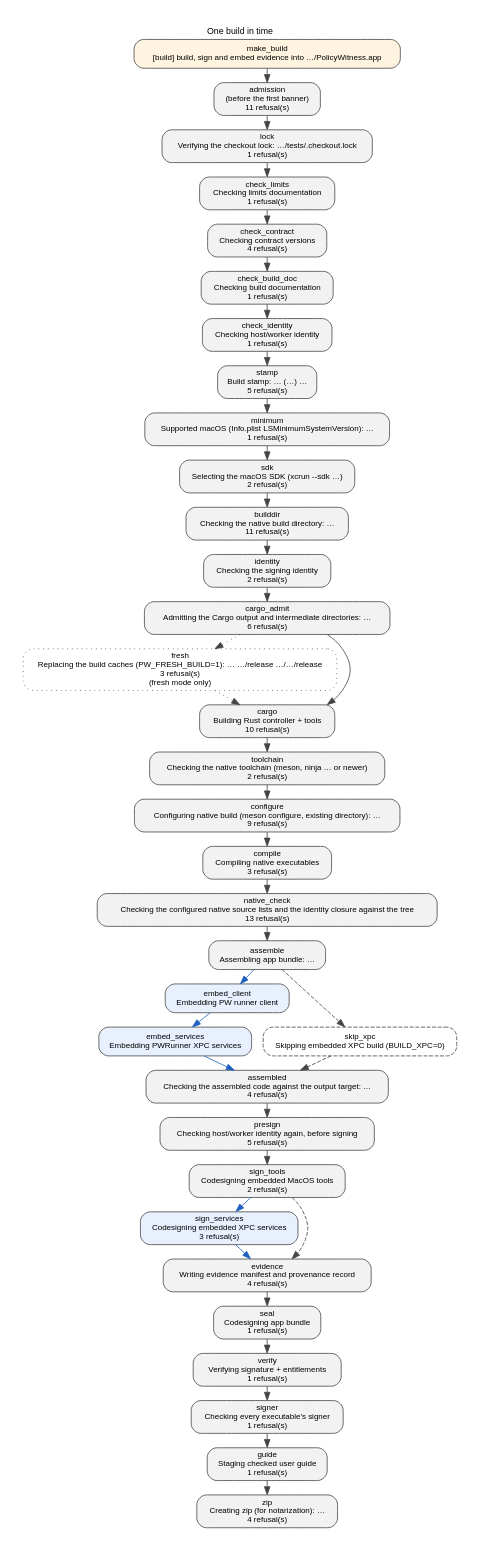
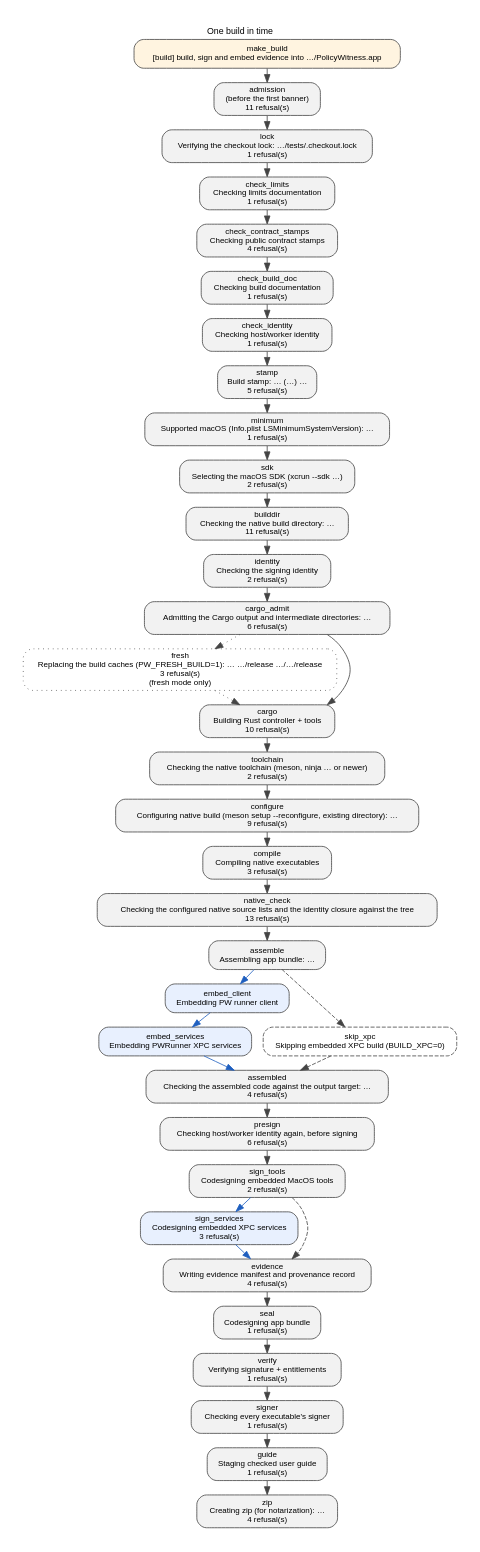
Before and after one commit to Protonk/PolicyWitness: the diagram in docs/build-steps.dot, drawn with Graphviz. The commit also changed 274 other files, not shown here.

```diff
--- a/docs/build-steps.dot
+++ b/docs/build-steps.dot
@@ -6,10 +6,10 @@
     admission [label="admission\n(before the first banner)\n11 refusal(s)", URL="BUILD.md#one-build-in-time", tooltip="admission: reads hw.optional.arm64 and sysctl.proc_translated, each read by /usr/sbin/sysctl from the script's own shell before anything else runs (--help included): the build proceeds only on 1 and 0, and an empty value or a failed probe refuses; then BUILD_XPC, PW_INSPECTION, PW_FRESH_BUILD and the argument list (--help prints the usage and exits after the knobs are validated, before any other check); whether each tracked input the build copies exists; the pinned interpreter, /opt/homebrew/opt/python@3.14/bin/python3.14, which must be an executable file in a python@3.14 keg that names a 3.14 version and must report that version when probed in isolation, with no PYTHON* variable set other than the three the helpers own, resolved again by the shell front end and by the script under the owner; without a claim in the environment, the caller's SDKROOT, CPATH, LIBRARY_PATH, MANPATH and LC_CTYPE, witnessed by the shell front end's builtins, and tests/.checkout.lock, which the owner it starts directly takes before supervising the script again under it; every nonempty caller SDKROOT must resolve through xcrun to an existing SDK directory with a numeric version before the lock front end or any developer-tool shim starts; writes the owner record in tests/.checkout.lock (pid, start time, acquisition nonce and admission socket identity) for as long as the owner and its protected children hold it; nothing else"];
     lock [label="lock\nVerifying the checkout lock: …/tests/.checkout.lock\n1 refusal(s)", URL="BUILD.md#one-build-in-time", tooltip="lock: reads the channel's socket identity matching the acquisition record and its kernel-reported peer PID matching the acquisition owner and the owner's handoff over the channel the claim names: the held descriptor, open on this checkout's lock file, and the acquisition nonce its owner record carries; never the environment alone; writes nothing"];
     check_limits [label="check_limits\nChecking limits documentation\n1 refusal(s)", URL="BUILD.md#one-build-in-time", tooltip="check_limits: reads docs/limits.json and the documents it renders; writes nothing"];
-    check_contract [label="check_contract\nChecking contract versions\n4 refusal(s)", URL="BUILD.md#one-build-in-time", tooltip="check_contract: reads docs/contract.json (including the runner protocol and signed service marker), docs/architecture.json and their generated copies, docs/footprint.json and its generated document, docs/porcelain.json and its generated typed record declarations and codecs; writes nothing"];
+    check_contract_stamps [label="check_contract_stamps\nChecking public contract stamps\n4 refusal(s)", URL="BUILD.md#one-build-in-time", tooltip="check_contract_stamps: reads docs/contract_surfaces.json and annotated release history, docs/architecture.json and their generated copies, docs/footprint.json and its generated document, docs/porcelain.json and its generated typed record declarations and codecs; writes nothing"];
     check_build_doc [label="check_build_doc\nChecking build documentation\n1 refusal(s)", URL="BUILD.md#one-build-in-time", tooltip="check_build_doc: reads docs/build.json, build.sh, meson.build, the Makefile, the inventories, the baseline and the generated copies; writes nothing"];
-    check_identity [label="check_identity\nChecking host/worker identity\n1 refusal(s)", URL="BUILD.md#one-build-in-time", tooltip="check_identity: reads the identity inputs and the three generated copies; writes nothing"];
-    stamp [label="stamp\nBuild stamp: … (…) …\n5 refusal(s)", URL="BUILD.md#one-build-in-time", tooltip="stamp: reads git describe, rev-parse and rev-list, or PW_VERSION and PW_BUILD_NUMBER from the environment; the environment witness compared with the starting environment (SDKROOT supplied from before its removal); writes the four stamp variables for Cargo and the plists; after admitting builddir/, controller/target/, its release/, its aarch64-apple-darwin/ and that directory's release/, and the session destination, controller/target/ when it is missing and the build session file, opened with the stamp, the three knobs, the fixed output target, the acquisition nonce and the build's witnessed starting environment as requests"];
+    check_identity [label="check_identity\nChecking host/worker identity\n1 refusal(s)", URL="BUILD.md#one-build-in-time", tooltip="check_identity: reads the identity inputs and the three generated copies; shipped sources and build inputs through docs/build_contract.py, exact annotated release tags and whole-tree cleanliness for the public build contract; writes nothing"];
+    stamp [label="stamp\nBuild stamp: … (…) …\n5 refusal(s)", URL="BUILD.md#one-build-in-time", tooltip="stamp: reads git describe, rev-parse and rev-list, or PW_VERSION and PW_BUILD_NUMBER from the environment; the environment witness compared with the starting environment (SDKROOT supplied from before its removal); writes the stamp variables and the computed public contract for Cargo and the plists; after admitting builddir/, controller/target/, its release/, its aarch64-apple-darwin/ and that directory's release/, and the session destination, controller/target/ when it is missing and the build session file, opened with the stamp, the three knobs, the fixed output target, the acquisition nonce and the build's witnessed starting environment as requests"];
     minimum [label="minimum\nSupported macOS (Info.plist LSMinimumSystemVersion): …\n1 refusal(s)", URL="BUILD.md#one-build-in-time", tooltip="minimum: reads LSMinimumSystemVersion in Info.plist; writes MACOSX_DEPLOYMENT_TARGET for Cargo"];
     sdk [label="sdk\nSelecting the macOS SDK (xcrun --sdk …)\n2 refusal(s)", URL="BUILD.md#one-build-in-time", tooltip="sdk: reads the SDK path and numeric version xcrun reports under DEVELOPER_DIR for the macosx default, or for the SDK a caller's SDKROOT names; writes SDKROOT for Cargo and Meson, resolved by xcrun, and the SDK version every shipped output must carry"];
     builddir [label="builddir\nChecking the native build directory: …\n11 refusal(s)", URL="BUILD.md#one-build-in-time", tooltip="builddir: reads in incremental mode: builddir/meson-info/meson-info.json and builddir/pw-toolchain.json when the directory is configured: its output target (Meson's host machine, the targets' architecture selections and the Cargo triple), compared with the required target and then with Meson's introspection of the directory before any probe, and the stamped SDK, developer directory, compiler commands and Rust compiler probed now; in fresh mode nothing, since the directory is replaced; writes the toolchain observation into the build session"];
@@ -18,7 +18,7 @@
     fresh [label="fresh\nReplacing the build caches (PW_FRESH_BUILD=1): … …/release …/…/release\n3 refusal(s)\n(fresh mode only)", URL="BUILD.md#one-build-in-time", tooltip="fresh: reads builddir/, controller/target/release/ and controller/target/aarch64-apple-darwin/release/, admitted again with every component below the checkout a real directory of this user, or absent, all before any is removed, and rechecked before each removal; writes removes the three directories through their admitted descriptors; records each one's replacement in the build session; nothing else is removed, including other profiles and other triples", style="rounded,dotted", fillcolor="#fdf2f2"];
     cargo [label="cargo\nBuilding Rust controller + tools\n10 refusal(s)", URL="BUILD.md#one-build-in-time", tooltip="cargo: reads cargo on PATH with its configuration, caches and registries; controller/ sources and the output triple passed with --target, the stamp variables, MACOSX_DEPLOYMENT_TARGET, SDKROOT and RUSTFLAGS; the artifact paths and per-target reuse judgments Cargo reports, each a literal boolean bound to the shipped target, a typed non-test profile and the admitted executable, and Cargo's fingerprint for each shipped target; each shipped output's container, architecture names and platform, from its header, lipo -archs and its load commands; writes controller/target/aarch64-apple-darwin/release/ under the pinned output directory for the shipped executables and controller/target/release/ for build scripts and procedural macros, the messages file Cargo reports its artifacts in, and the output check's observations and the judgments into the build session"];
     toolchain [label="toolchain\nChecking the native toolchain (meson, ninja … or newer)\n2 refusal(s)", URL="BUILD.md#one-build-in-time", tooltip="toolchain: reads meson and ninja on PATH and ninja's version; writes nothing"];
-    configure [label="configure\nConfiguring native build (meson configure, existing directory): …\n9 refusal(s)", URL="BUILD.md#one-build-in-time", tooltip="configure: reads whether builddir/build.ninja exists, meson.build, meson.options and the two Meson options; a fresh setup also reads CFLAGS and the other flag variables, and the compilers Meson selected; writes builddir/ configuration; a fresh setup publishes builddir/pw-toolchain.json atomically from the selected compilers, SDK and Rust compiler; meson configure records the two options and the policy assertions run at setup or at the regeneration the next compile triggers"];
+    configure [label="configure\nConfiguring native build (meson setup --reconfigure, existing directory): …\n9 refusal(s)", URL="BUILD.md#one-build-in-time", tooltip="configure: reads whether builddir/build.ninja exists, meson.build, meson.options and the two Meson options; a fresh setup also reads CFLAGS and the other flag variables, and the compilers Meson selected; writes builddir/ configuration; a fresh setup publishes builddir/pw-toolchain.json atomically from the selected compilers, SDK and Rust compiler; meson setup --reconfigure records the two options, recomputes the generated Swift context and runs the policy assertions"];
     compile [label="compile\nCompiling native executables\n3 refusal(s)", URL="BUILD.md#one-build-in-time", tooltip="compile: reads the native sources through builddir/; a changed option triggers regeneration, which runs the policy assertions first; Meson schedules at most two commands and both shipped Swift drivers use -j 1; writes builddir/ outputs and the Swift module cache under it"];
     native_check [label="native_check\nChecking the configured native source lists and the identity closure against the tree\n13 refusal(s)", URL="BUILD.md#one-build-in-time", tooltip="native_check: reads Meson's introspection of builddir/, Ninja's dependency log, the identity inputs, the stamp and the compilers the directory records, and every shipped output's container, architecture names and load commands; writes builddir/pw-toolchain.json extended with the Swift compiler a reused directory discovered when this build enabled the XPC pieces, atomically and without changing another field; the toolchain, option, Meson machine, output target and SDK observations into the build session"];
     assemble [label="assemble\nAssembling app bundle: …", URL="BUILD.md#one-build-in-time", tooltip="assemble: reads Info.plist, the three Rust outputs, runner/augments/, dist/README.md and dist/AGENTS.md, all admitted before the first check; writes the two documents under DIST_DIR; removes the previous app, ZIP and guide; the stamped Info.plist, the three Rust executables and the augments under the new app"];
@@ -26,7 +26,7 @@
     embed_services [label="embed_services\nEmbedding PWRunner XPC services", URL="BUILD.md#one-build-in-time", tooltip="embed_services: reads each service's Info.plist and builddir/ host, the common worker and validator; writes each service bundle: its stamped Info.plist, the host with its dSYM in inspection builds, two copies of the common worker and the validator", fillcolor="#e8f0fe"];
     skip_xpc [label="skip_xpc\nSkipping embedded XPC build (BUILD_XPC=0)", URL="BUILD.md#one-build-in-time", tooltip="skip_xpc: reads nothing; writes nothing", style="rounded,dashed", fillcolor="white"];
     assembled [label="assembled\nChecking the assembled code against the output target: …\n4 refusal(s)", URL="BUILD.md#one-build-in-time", tooltip="assembled: reads the variant's required executable paths even when missing or lacking a Mach-O header, plus every regular file under the assembled app whose header is a Mach-O or fat container, except dSYM companions whose every slice has a complete debug header: its container, lipo -archs names and LC_BUILD_VERSION platform; writes the observations into the build session; nothing in the bundle"];
-    presign [label="presign\nChecking host/worker identity again, before signing\n5 refusal(s)", URL="BUILD.md#one-build-in-time", tooltip="presign: reads the identity inputs and copies, the generated identity in tests/lib/contract.py and the built worker's --version report; writes nothing"];
+    presign [label="presign\nChecking host/worker identity again, before signing\n6 refusal(s)", URL="BUILD.md#one-build-in-time", tooltip="presign: reads the identity inputs and copies, the generated identity in tests/lib/contract.py and the built worker's --version report; recomputed public build contract compared with the value used for compilation; writes nothing"];
     sign_tools [label="sign_tools\nCodesigning embedded MacOS tools\n2 refusal(s)", URL="BUILD.md#one-build-in-time", tooltip="sign_tools: reads the copied top-level helpers; writes signatures on the top-level helpers"];
     sign_services [label="sign_services\nCodesigning embedded XPC services\n3 refusal(s)", URL="BUILD.md#one-build-in-time", tooltip="sign_services: reads each service's Entitlements.plist, the common unsigned worker and verified generated worker identity, and the assembled bundle; writes selected worker signature with service entitlements, unentitled worker and validator signatures without supplied entitlements, service-local worker-equipment.json from signed artifacts, then each service seal", fillcolor="#e8f0fe"];
     evidence [label="evidence\nWriting evidence manifest and provenance record\n4 refusal(s)", URL="BUILD.md#one-build-in-time", tooltip="evidence: reads the signed bytes, entitlements and exported symbols of the helpers, services and augments; the build session; every shipped output's load commands, container, architecture names and signature display; the caller's requests and Cargo's effective deployment target and SDK, from the build session; writes Contents/Resources/Evidence/manifest.json, symbols.json and provenance.json, the manifest listing the other two; the record only after it passes its own validation"];
@@ -38,8 +38,8 @@
     make_build -> admission;
     admission -> lock;
     lock -> check_limits;
-    check_limits -> check_contract;
-    check_contract -> check_build_doc;
+    check_limits -> check_contract_stamps;
+    check_contract_stamps -> check_build_doc;
     check_build_doc -> check_identity;
     check_identity -> stamp;
     stamp -> minimum;
```
